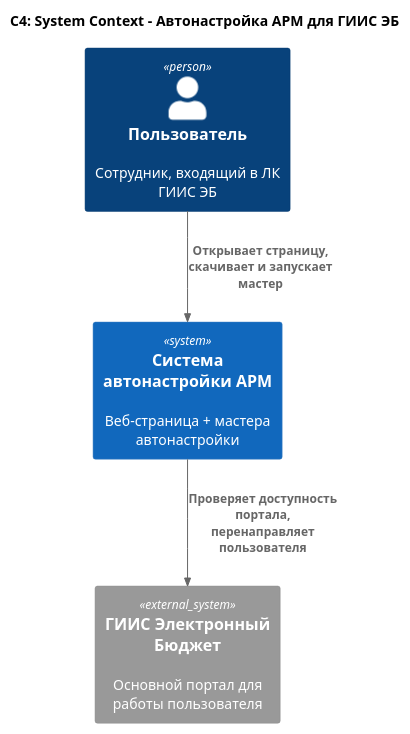
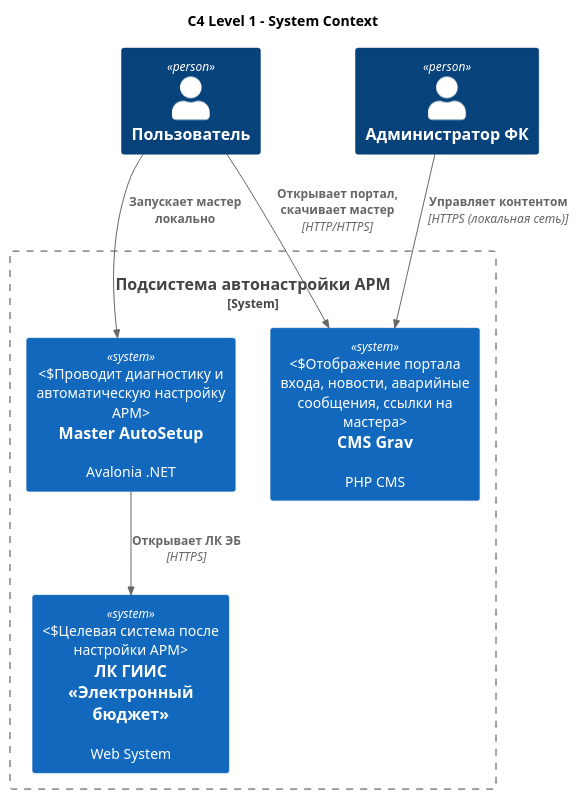
The diagram in docs/c4/c4-level1-system-context.puml (LobovVit/automatic_workplace_setup), drawn with PlantUML before and after one commit. The commit also changed 7 other files, not shown here.

Commit message:
add: CMS Grav

```diff
--- a/docs/c4/c4-level1-system-context.puml
+++ b/docs/c4/c4-level1-system-context.puml
@@ -1,9 +1,23 @@
-@startuml c4-level1-system-context
+@startuml
 !include ./include/C4_Context.puml
-title C4: System Context – Автонастройка АРМ для ГИИС ЭБ
-Person(user, "Пользователь", "Сотрудник, входящий в ЛК ГИИС ЭБ")
-System(system, "Система автонастройки АРМ", "Веб-страница + мастера автонастройки")
-System_Ext(gov, "ГИИС Электронный Бюджет", "Основной портал для работы пользователя")
-Rel(user, system, "Открывает страницу, скачивает и запускает мастер")
-Rel(system, gov, "Проверяет доступность портала, перенаправляет пользователя")
+
+title C4 Level 1 – System Context
+
+Person(user, "Пользователь")
+Person(admin, "Администратор ФК")
+
+System_Boundary(lk, "Подсистема автонастройки АРМ") {
+
+    System(master, "Master AutoSetup", "Avalonia .NET", "Проводит диагностику и автоматическую настройку АРМ")
+
+    System(grav, "CMS Grav", "PHP CMS", "Отображение портала входа, новости, аварийные сообщения, ссылки на мастера")
+
+    System(eb, "ЛК ГИИС «Электронный бюджет»", "Web System", "Целевая система после настройки АРМ")
+}
+
+Rel(user, grav, "Открывает портал, скачивает мастер", "HTTP/HTTPS")
+Rel(user, master, "Запускает мастер локально")
+Rel(admin, grav, "Управляет контентом", "HTTPS (локальная сеть)")
+Rel(master, eb, "Открывает ЛК ЭБ", "HTTPS")
+
 @enduml
```
